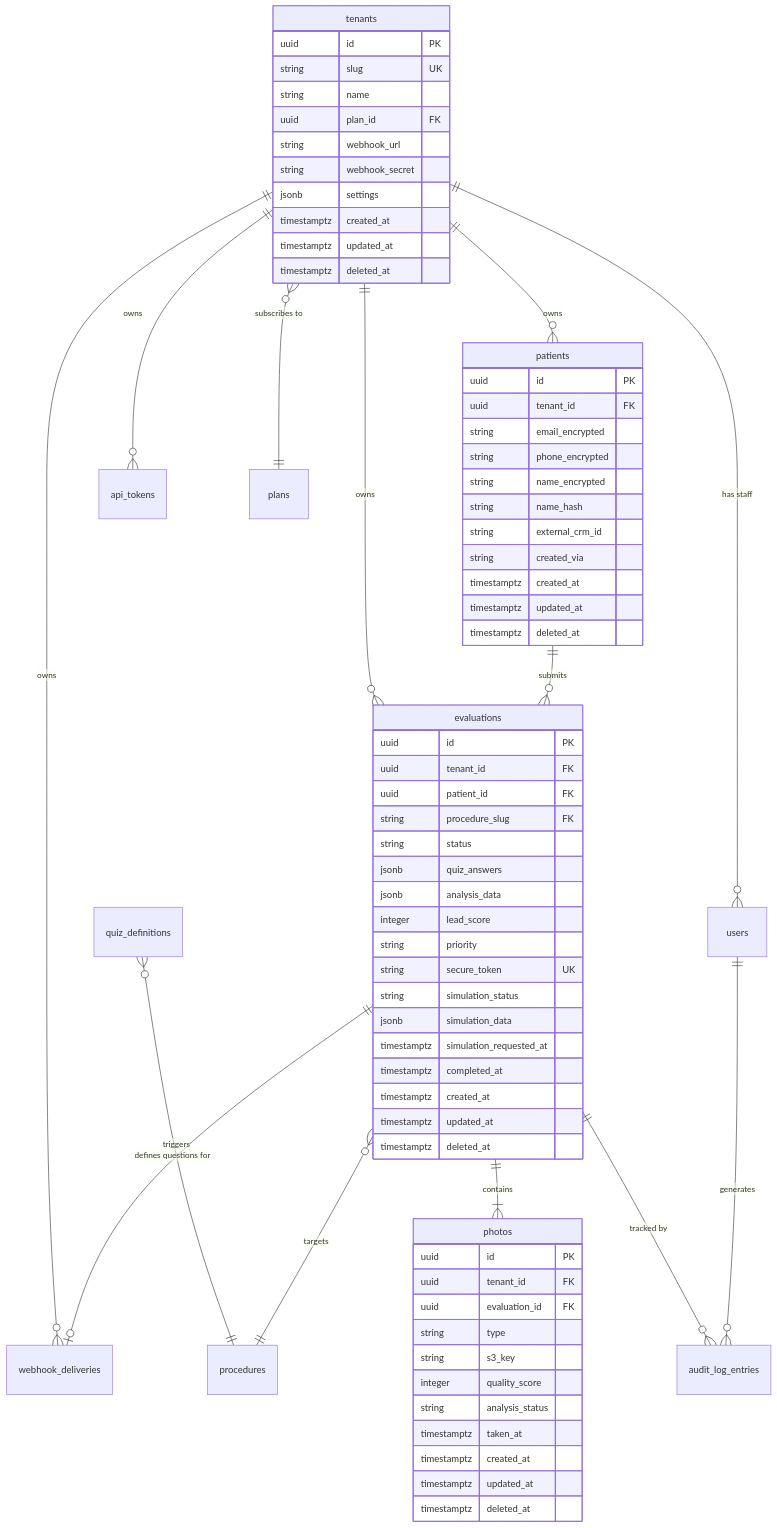
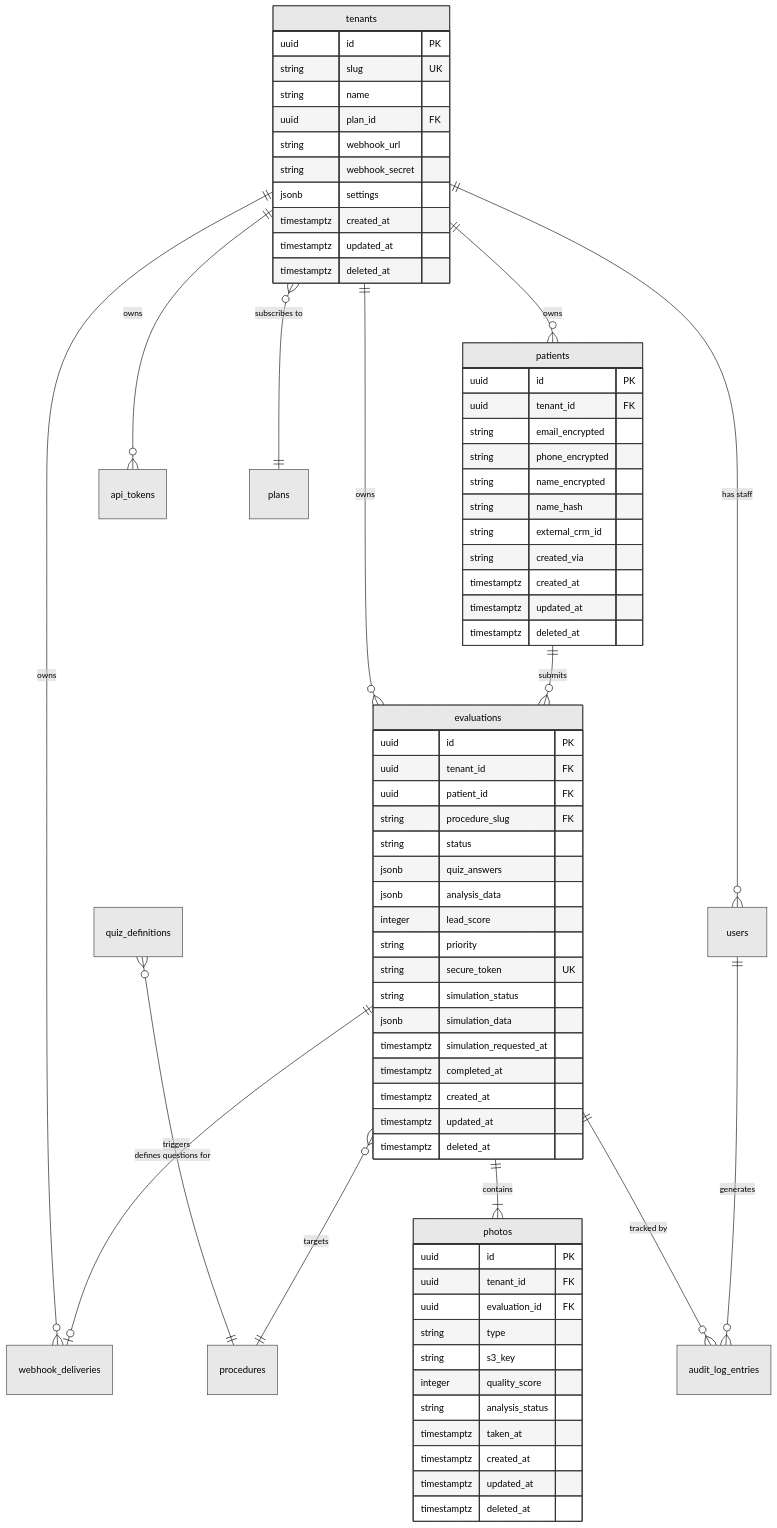
The diagram in docs/technical/database-schema.md (mlytorres/aesthetic-ai), drawn with Mermaid before and after one commit. The commit also changed 11 other files, not shown here.

Commit message:
docs and diagram updated, TwoFactorLoginResponse  updated

````diff
--- a/docs/technical/database-schema.md
+++ b/docs/technical/database-schema.md
@@ -24,81 +24,82 @@
 ```mermaid
+%%{init: {'theme': 'base', 'themeVariables': {'primaryColor': '#e8e8e8', 'primaryTextColor': '#000000', 'primaryBorderColor': '#333333', 'lineColor': '#000000', 'secondaryColor': '#f0f0f0', 'tertiaryColor': '#d0d0d0', 'background': '#ffffff', 'mainBkg': '#e8e8e8', 'nodeBorder': '#333333', 'edgeLabelBackground': '#ffffff', 'attributeBackgroundColorEven': '#f5f5f5', 'attributeBackgroundColorOdd': '#e8e8e8'}}}%%
 erDiagram
     tenants ||--o{ users : "has staff"
     tenants ||--o{ patients : "owns"
     tenants ||--o{ evaluations : "owns"
     tenants ||--o{ webhook_deliveries : "owns"
     tenants ||--o{ api_tokens : "owns"
     tenants }o--|| plans : "subscribes to"
 
     patients ||--o{ evaluations : "submits"
 
     evaluations ||--|{ photos : "contains"
     evaluations ||--o{ audit_log_entries : "tracked by"
     evaluations ||--o| webhook_deliveries : "triggers"
 
     users ||--o{ audit_log_entries : "generates"
 
     quiz_definitions }o--|| procedures : "defines questions for"
     evaluations }o--|| procedures : "targets"
 
     tenants {
         uuid id PK
         string slug UK
         string name
         uuid plan_id FK
         string webhook_url
         string webhook_secret
         jsonb settings
         timestamptz created_at
         timestamptz updated_at
         timestamptz deleted_at
     }
 
     patients {
         uuid id PK
         uuid tenant_id FK
         string email_encrypted
         string phone_encrypted
         string name_encrypted
         string name_hash
         string external_crm_id
         string created_via
         timestamptz created_at
         timestamptz updated_at
         timestamptz deleted_at
     }
 
     evaluations {
         uuid id PK
         uuid tenant_id FK
         uuid patient_id FK
         string procedure_slug FK
         string status
         jsonb quiz_answers
         jsonb analysis_data
         integer lead_score
         string priority
         string secure_token UK
         string simulation_status
         jsonb simulation_data
         timestamptz simulation_requested_at
         timestamptz completed_at
         timestamptz created_at
         timestamptz updated_at
         timestamptz deleted_at
     }
 
     photos {
         uuid id PK
         uuid tenant_id FK
         uuid evaluation_id FK
         string type
         string s3_key
         integer quality_score
         string analysis_status
         timestamptz taken_at
         timestamptz created_at
         timestamptz updated_at
         timestamptz deleted_at
     }
 ```
````
